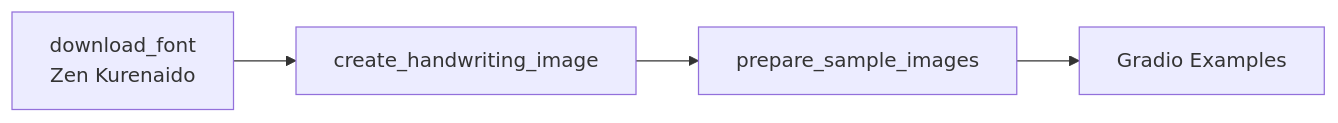
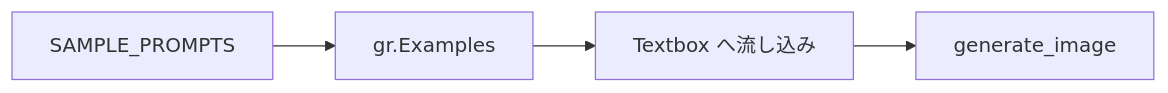
One commit to yryo1005/OpenCampus_Demo changed the second of 2 diagrams in document.md. Above: the diagram before and after it, drawn with Mermaid. The commit also changed other lines of this file and 4 other files, not shown here.

````diff
--- a/document.md
+++ b/document.md
@@ -46,6 +49,6 @@
 ```mermaid
 flowchart LR
-    F1[download_font<br/>Zen Kurenaido] --> F2[create_handwriting_image]
-    F2 --> F3[prepare_sample_images]
-    F3 --> F4[Gradio Examples]
+    S1[SAMPLE_PROMPTS] --> S2[gr.Examples]
+    S2 --> S3[Textbox へ流し込み]
+    S3 --> S4[generate_image]
 ```
````
